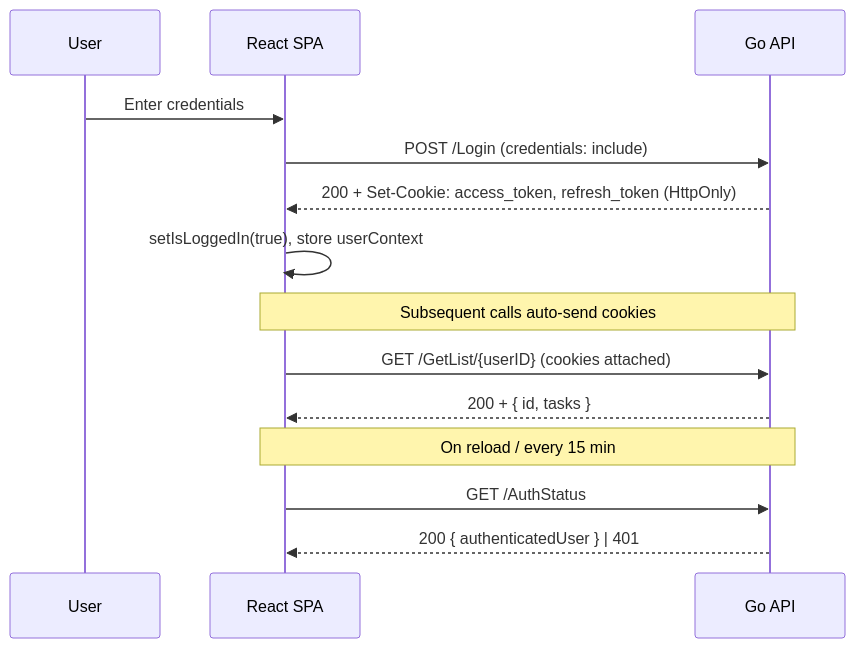
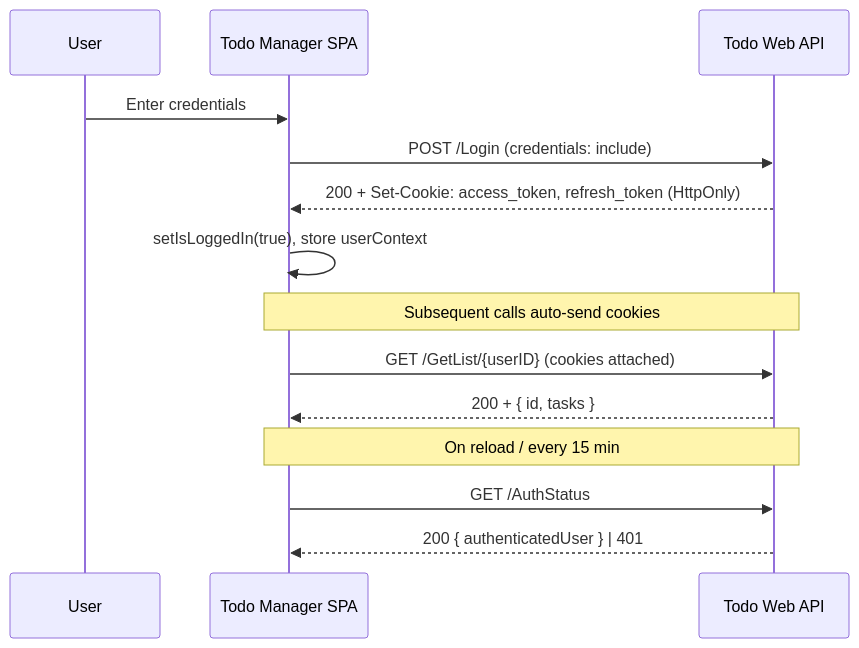
One commit to YawDev/todo-app-react changed the second of 3 diagrams in README.md. Above: the diagram before and after it, drawn with Mermaid. The commit also changed other lines of this file and 1 other file, not shown here.

````diff
--- a/README.md
+++ b/README.md
@@ -127,19 +127,19 @@
 ```mermaid
 sequenceDiagram
     participant U as User
-    participant SPA as React SPA
-    participant API as Go API
+    participant SPA as Todo Manager SPA
+    participant API as Todo Web API
 
     U->>SPA: Enter credentials
     SPA->>API: POST /Login (credentials: include)
     API-->>SPA: 200 + Set-Cookie: access_token, refresh_token (HttpOnly)
     SPA->>SPA: setIsLoggedIn(true), store userContext
 
     Note over SPA,API: Subsequent calls auto-send cookies
     SPA->>API: GET /GetList/{userID} (cookies attached)
     API-->>SPA: 200 + { id, tasks }
 
     Note over SPA,API: On reload / every 15 min
     SPA->>API: GET /AuthStatus
     API-->>SPA: 200 { authenticatedUser } | 401
 ```
````
